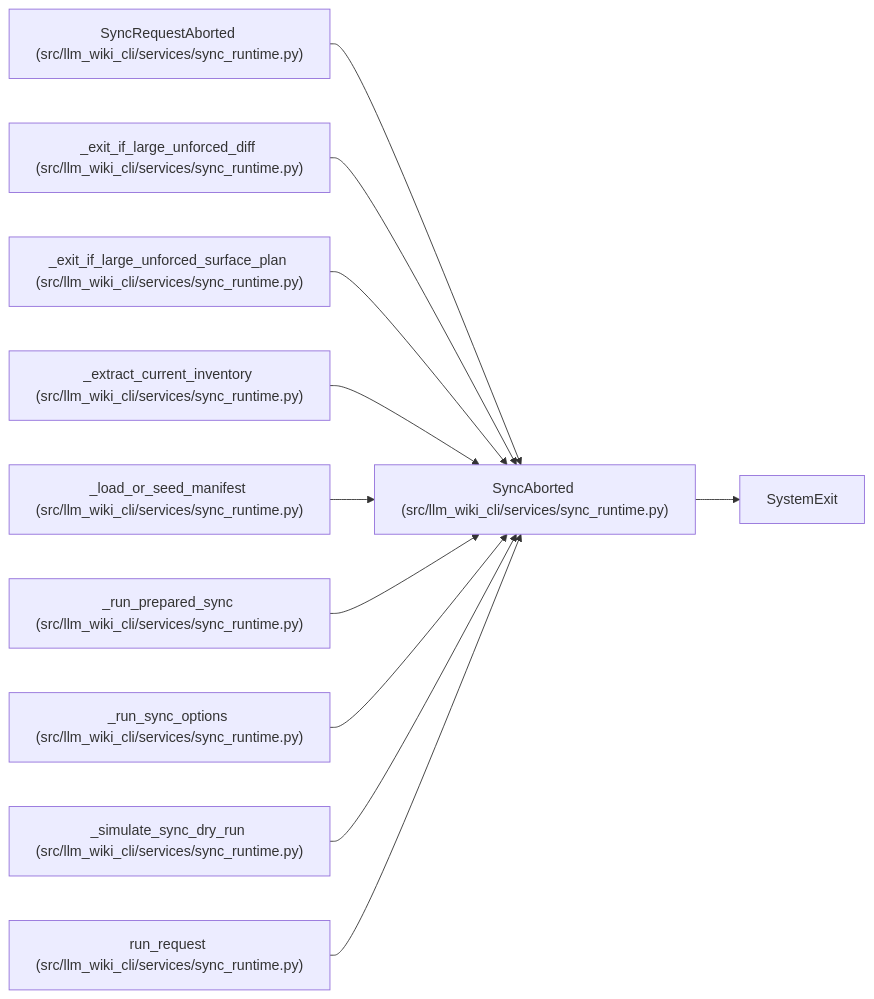
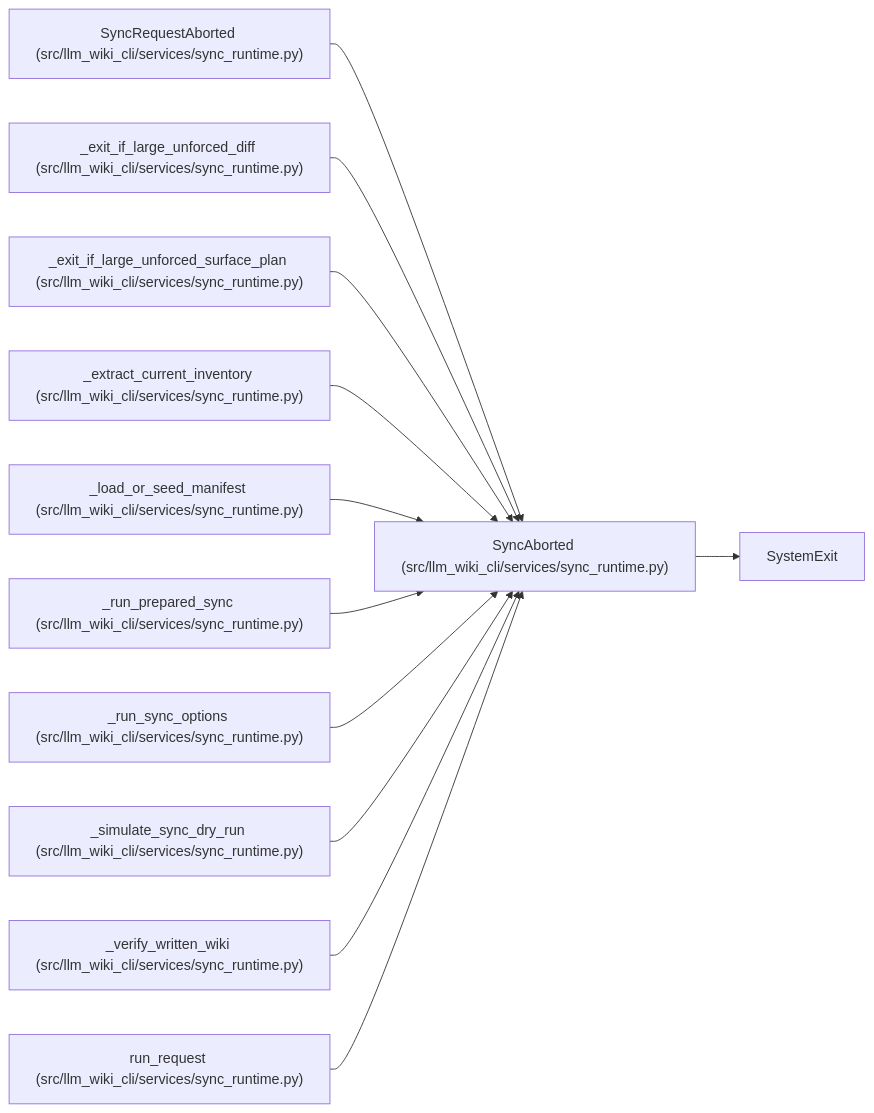
Before and after one commit to Denissvgn/python-wiki-llm: the diagram in docs/llm_wiki/entities/SyncAborted.md, drawn with Mermaid. The commit also changed other lines of this file and 725 other files, not shown here.

````diff
--- a/docs/llm_wiki/entities/SyncAborted.md
+++ b/docs/llm_wiki/entities/SyncAborted.md
@@ -28,34 +28,37 @@
 ```mermaid
 flowchart LR
     n0["SyncAborted (src/llm_wiki_cli/services/sync_runtime.py)"]
     n1["SystemExit"]
     n2["SyncRequestAborted (src/llm_wiki_cli/services/sync_runtime.py)"]
     n3["_exit_if_large_unforced_diff (src/llm_wiki_cli/services/sync_runtime.py)"]
     n4["_exit_if_large_unforced_surface_plan (src/llm_wiki_cli/services/sync_runtime.py)"]
     n5["_extract_current_inventory (src/llm_wiki_cli/services/sync_runtime.py)"]
     n6["_load_or_seed_manifest (src/llm_wiki_cli/services/sync_runtime.py)"]
     n7["_run_prepared_sync (src/llm_wiki_cli/services/sync_runtime.py)"]
     n8["_run_sync_options (src/llm_wiki_cli/services/sync_runtime.py)"]
     n9["_simulate_sync_dry_run (src/llm_wiki_cli/services/sync_runtime.py)"]
-    n10["run_request (src/llm_wiki_cli/services/sync_runtime.py)"]
+    n10["_verify_written_wiki (src/llm_wiki_cli/services/sync_runtime.py)"]
+    n11["run_request (src/llm_wiki_cli/services/sync_runtime.py)"]
     n0 --> n1
     n2 --> n0
     n3 --> n0
     n4 --> n0
     n5 --> n0
     n6 --> n0
     n7 --> n0
     n8 --> n0
     n9 --> n0
     n10 --> n0
+    n11 --> n0
     click n0 "../modules/sync_runtime.md"
     click n2 "../modules/sync_runtime.md"
     click n3 "../modules/sync_runtime.md"
     click n4 "../modules/sync_runtime.md"
     click n5 "../modules/sync_runtime.md"
     click n6 "../modules/sync_runtime.md"
     click n7 "../modules/sync_runtime.md"
     click n8 "../modules/sync_runtime.md"
     click n9 "../modules/sync_runtime.md"
     click n10 "../modules/sync_runtime.md"
+    click n11 "../modules/sync_runtime.md"
 ```
````
